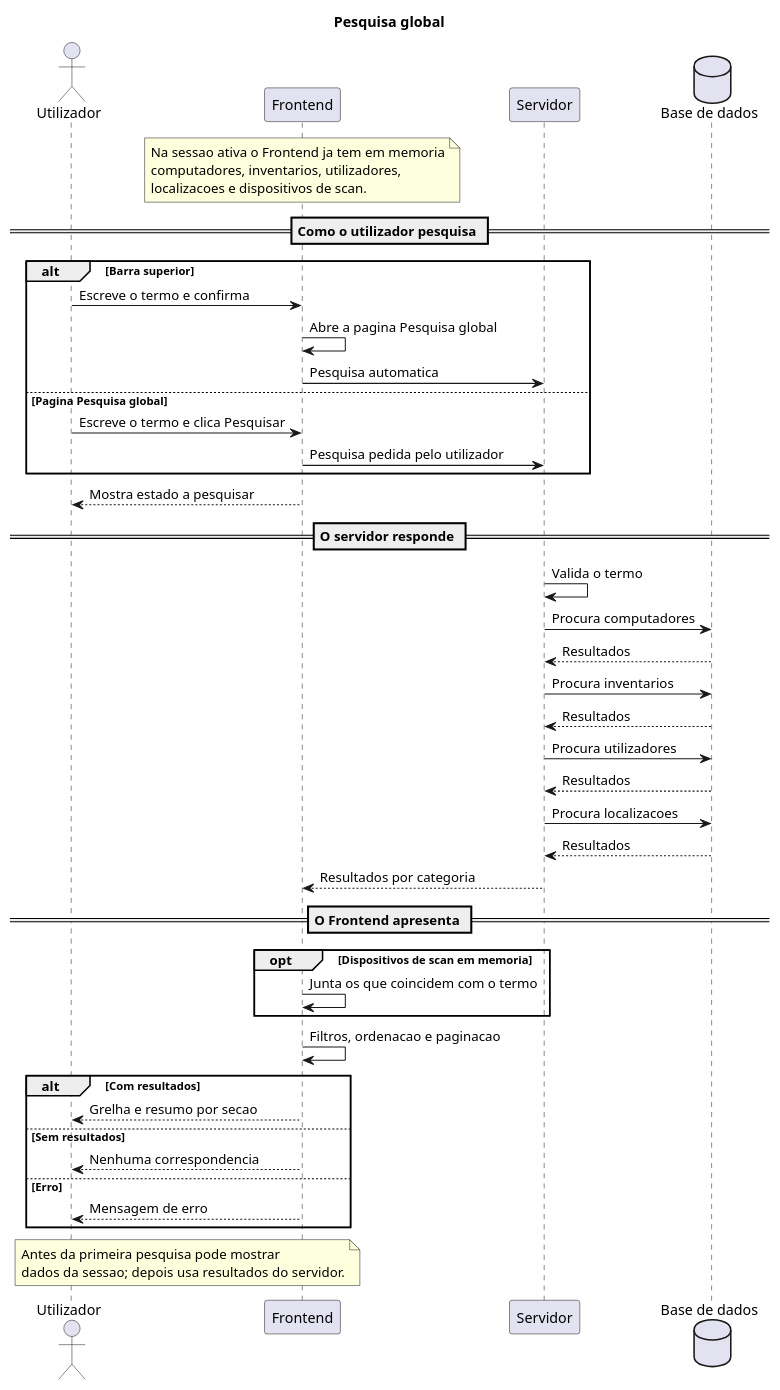
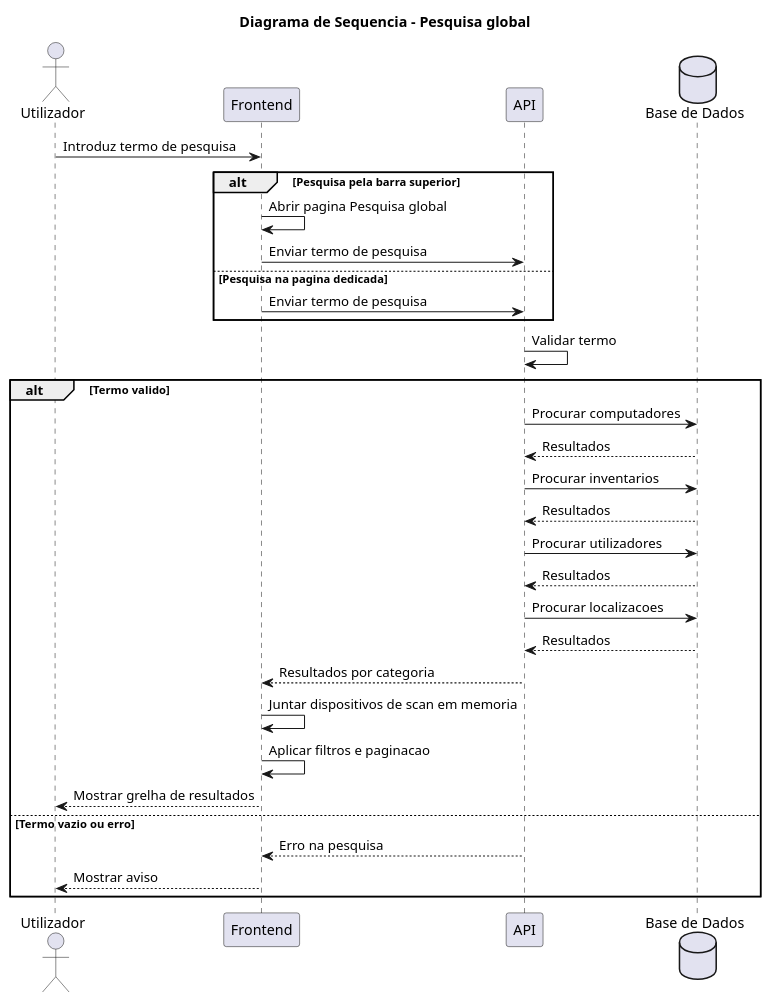
The diagram in docs/diagramas/sequenciais/04-pesquisa-global.puml (rafapinto888-web/Projeto-de-estagio), drawn with PlantUML before and after one commit. The commit also changed 15 other files, not shown here.

```diff
--- a/docs/diagramas/sequenciais/04-pesquisa-global.puml
+++ b/docs/diagramas/sequenciais/04-pesquisa-global.puml
@@ -1,67 +1,45 @@
 @startuml
-title Pesquisa global
+title Diagrama de Sequencia - Pesquisa global
 
 actor Utilizador as U
 participant Frontend as FE
-participant Servidor as Srv
-database "Base de dados" as BD
+participant API as API
+database "Base de Dados" as BD
 
-note over FE
-  Na sessao ativa o Frontend ja tem em memoria
-  computadores, inventarios, utilizadores,
-  localizacoes e dispositivos de scan.
-end note
+U -> FE : Introduz termo de pesquisa
 
-== Como o utilizador pesquisa ==
-
-alt Barra superior
-  U -> FE : Escreve o termo e confirma
-  FE -> FE : Abre a pagina Pesquisa global
-  FE -> Srv : Pesquisa automatica
-else Pagina Pesquisa global
-  U -> FE : Escreve o termo e clica Pesquisar
-  FE -> Srv : Pesquisa pedida pelo utilizador
+alt Pesquisa pela barra superior
+  FE -> FE : Abrir pagina Pesquisa global
+  FE -> API : Enviar termo de pesquisa
+else Pesquisa na pagina dedicada
+  FE -> API : Enviar termo de pesquisa
 end
 
-FE --> U : Mostra estado a pesquisar
+API -> API : Validar termo
 
-== O servidor responde ==
+alt Termo valido
+  API -> BD : Procurar computadores
+  BD --> API : Resultados
 
-Srv -> Srv : Valida o termo
+  API -> BD : Procurar inventarios
+  BD --> API : Resultados
 
-Srv -> BD : Procura computadores
-BD --> Srv : Resultados
+  API -> BD : Procurar utilizadores
+  BD --> API : Resultados
 
-Srv -> BD : Procura inventarios
-BD --> Srv : Resultados
+  API -> BD : Procurar localizacoes
+  BD --> API : Resultados
 
-Srv -> BD : Procura utilizadores
-BD --> Srv : Resultados
+  API --> FE : Resultados por categoria
 
-Srv -> BD : Procura localizacoes
-BD --> Srv : Resultados
+  FE -> FE : Juntar dispositivos de scan em memoria
 
-Srv --> FE : Resultados por categoria
+  FE -> FE : Aplicar filtros e paginacao
 
-== O Frontend apresenta ==
-
-opt Dispositivos de scan em memoria
-  FE -> FE : Junta os que coincidem com o termo
+  FE --> U : Mostrar grelha de resultados
+else Termo vazio ou erro
+  API --> FE : Erro na pesquisa
+  FE --> U : Mostrar aviso
 end
 
-FE -> FE : Filtros, ordenacao e paginacao
-
-alt Com resultados
-  FE --> U : Grelha e resumo por secao
-else Sem resultados
-  FE --> U : Nenhuma correspondencia
-else Erro
-  FE --> U : Mensagem de erro
-end
-
-note over U, FE
-  Antes da primeira pesquisa pode mostrar
-  dados da sessao; depois usa resultados do servidor.
-end note
-
 @enduml
```
